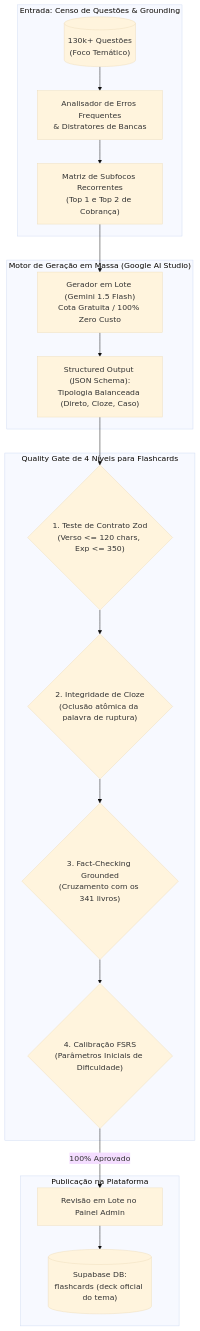
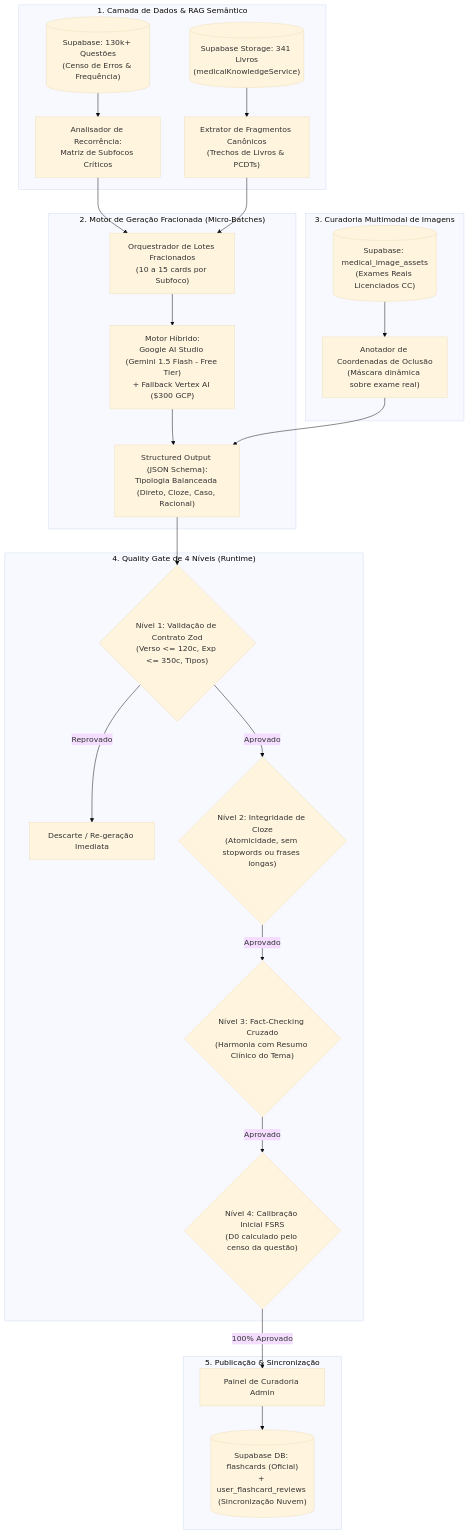
Before and after one commit to bancoresidencia/bancoresidencia: the first of 2 diagrams in docs/PLANO_MESTRE_FLASHCARDS_FSRS.md, drawn with Mermaid (base theme). The commit also changed other lines of this file and 38 other files, not shown here.

````diff
--- a/docs/PLANO_MESTRE_FLASHCARDS_FSRS.md
+++ b/docs/PLANO_MESTRE_FLASHCARDS_FSRS.md
@@ -24,24 +25,31 @@
 ```mermaid
 flowchart TD
-    subgraph DADOS_ENTRADA ["Entrada: Censo de Questões & Grounding"]
-        DBQuestoes[("130k+ Questões\n(Foco Temático)")] --> ExtratorDistratores["Analisador de Erros Frequentes\n& Distratores de Bancas"]
-        ExtratorDistratores --> MatrizRecorrencia["Matriz de Subfocos Recorrentes\n(Top 1 e Top 2 de Cobrança)"]
+    subgraph DADOS_ENTRADA ["1. Camada de Dados & RAG Semântico"]
+        DBQuestoes[("Supabase: 130k+ Questões\n(Censo de Erros & Frequência)")] --> CensoSubfoco["Analisador de Recorrência:\nMatriz de Subfocos Críticos"]
+        DBLivros[("Supabase Storage: 341 Livros\n(medicalKnowledgeService)")] --> RAGGrounding["Extrator de Fragmentos Canônicos\n(Trechos de Livros & PCDTs)"]
     end
 
-    subgraph MOTOR_FLASHCARDS ["Motor de Geração em Massa (Google AI Studio)"]
-        MatrizRecorrencia --> BatchGenerator["Gerador em Lote (Gemini 1.5 Flash)\nCota Gratuita / 100% Zero Custo"]
-        BatchGenerator --> StructuredZod["Structured Output (JSON Schema):\nTipologia Balanceada (Direto, Cloze, Caso)"]
+    subgraph MOTOR_GERACAO ["2. Motor de Geração Fracionada (Micro-Batches)"]
+        CensoSubfoco & RAGGrounding --> MicroBatch["Orquestrador de Lotes Fracionados\n(10 a 15 cards por Subfoco)"]
+        MicroBatch --> LLMGenerator["Motor Híbrido:\nGoogle AI Studio (Gemini 1.5 Flash - Free Tier)\n+ Fallback Vertex AI ($300 GCP)"]
+        LLMGenerator --> StructuredZod["Structured Output (JSON Schema):\nTipologia Balanceada (Direto, Cloze, Caso, Racional)"]
     end
 
-    subgraph QUALITY_GATE ["Quality Gate de 4 Níveis para Flashcards"]
-        StructuredZod --> TestContrato{"1. Teste de Contrato Zod\n(Verso <= 120 chars, Exp <= 350)"}
-        TestContrato --> TestCloze{"2. Integridade de Cloze\n(Oclusão atômica da palavra de ruptura)"}
-        TestCloze --> TestFact{"3. Fact-Checking Grounded\n(Cruzamento com os 341 livros)"}
-        TestFact --> TestFSRS{"4. Calibração FSRS\n(Parâmetros Iniciais de Dificuldade)"}
+    subgraph CATALOGO_MULTIMODAL ["3. Curadoria Multimodal de Imagens"]
+        DBAssets[("Supabase: medical_image_assets\n(Exames Reais Licenciados CC)")] --> ImageOcclusionEngine["Anotador de Coordenadas de Oclusão\n(Máscara dinâmica sobre exame real)"]
+        ImageOcclusionEngine --> StructuredZod
     end
 
-    subgraph PUBLICACAO ["Publicação na Plataforma"]
-        TestFSRS -- 100% Aprovado --> AdminDeckReview["Revisão em Lote no Painel Admin"]
-        AdminDeckReview --> DeployDB[("Supabase DB:\nflashcards (deck oficial do tema)")]
+    subgraph QUALITY_GATE ["4. Quality Gate de 4 Níveis (Runtime)"]
+        StructuredZod --> QG1{"Nível 1: Validação de Contrato Zod\n(Verso <= 120c, Exp <= 350c, Tipos)"}
+        QG1 -- Reprovado --> RejeicaoAuto["Descarte / Re-geração Imediata"]
+        QG1 -- Aprovado --> QG2{"Nível 2: Integridade de Cloze\n(Atomicidade, sem stopwords ou frases longas)"}
+        QG2 -- Aprovado --> QG3{"Nível 3: Fact-Checking Cruzado\n(Harmonia com Resumo Clínico do Tema)"}
+        QG3 -- Aprovado --> QG4{"Nível 4: Calibração Inicial FSRS\n(D0 calculado pelo censo da questão)"}
+    end
+
+    subgraph PERSISTENCIA ["5. Publicação & Sincronização"]
+        QG4 -- 100% Aprovado --> AdminDraft["Painel de Curadoria Admin"]
+        AdminDraft --> DeployDB[("Supabase DB: flashcards (Oficial)\n+ user_flashcard_reviews (Sincronização Nuvem)")]
     end
 ```
````
